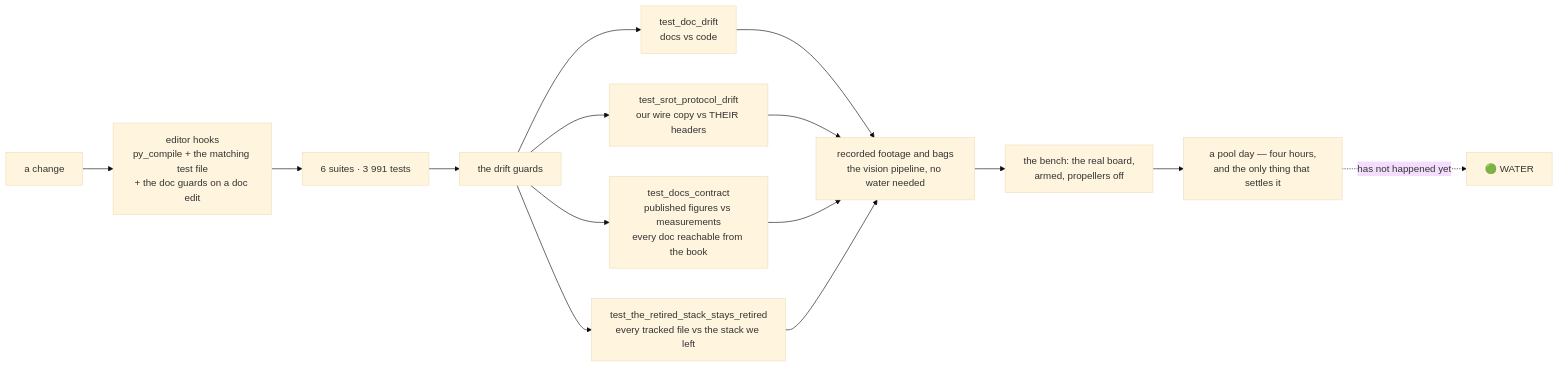
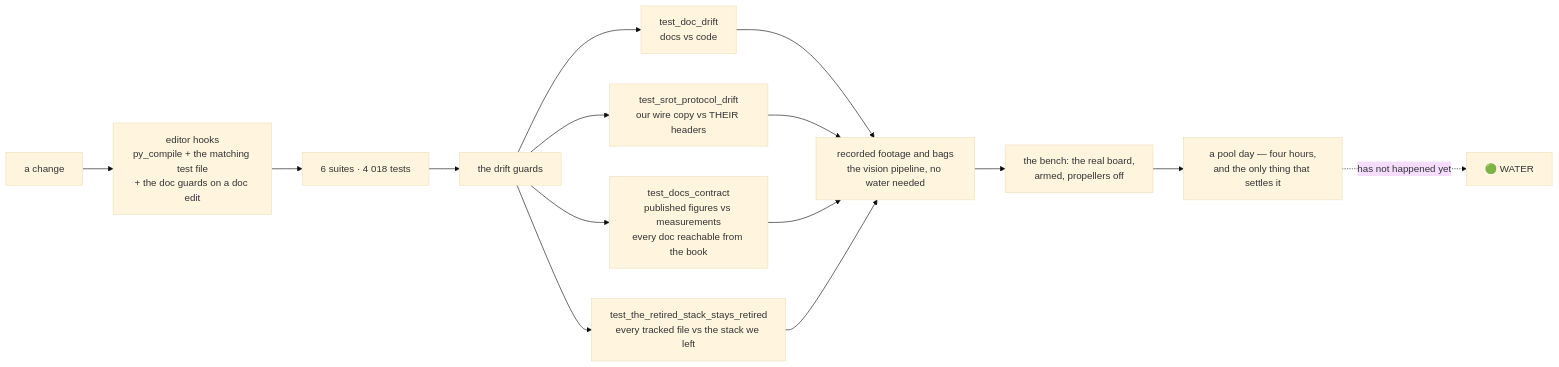
The ninth of 10 diagrams in README.md (fh1m/mongla_ws), drawn with Mermaid (base theme) before and after one commit. The commit also changed other lines of this file and 45 other files, not shown here.

````diff
--- a/README.md
+++ b/README.md
@@ -747,17 +747,17 @@
 ```mermaid
 flowchart LR
     DEV["a change"] --> HOOK["editor hooks<br/>py_compile + the matching test file<br/>+ the doc guards on a doc edit"]
-    HOOK --> UNIT["6 suites · 3 991 tests"]
+    HOOK --> UNIT["6 suites · 4 018 tests"]
     UNIT --> GUARD["the drift guards"]
     GUARD --> G1["test_doc_drift<br/>docs vs code"]
     GUARD --> G2["test_srot_protocol_drift<br/>our wire copy vs THEIR headers"]
     GUARD --> G3["test_docs_contract<br/>published figures vs measurements<br/>every doc reachable from the book"]
     GUARD --> G4["test_the_retired_stack_stays_retired<br/>every tracked file vs the stack we left"]
     G1 --> REPLAY["recorded footage and bags<br/>the vision pipeline, no water needed"]
     G2 --> REPLAY
     G3 --> REPLAY
     G4 --> REPLAY
     REPLAY --> BENCH["the bench: the real board,<br/>armed, propellers off"]
     BENCH --> POOL["a pool day — four hours,<br/>and the only thing that settles it"]
     POOL -.->|"has not happened yet"| WATER["🟢 WATER"]
 ```
````
